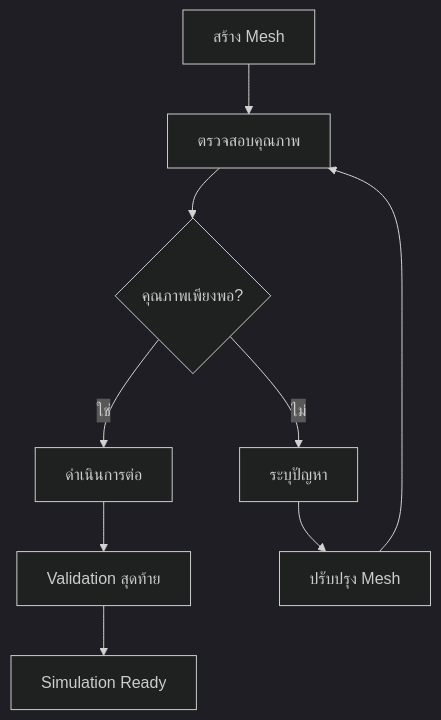
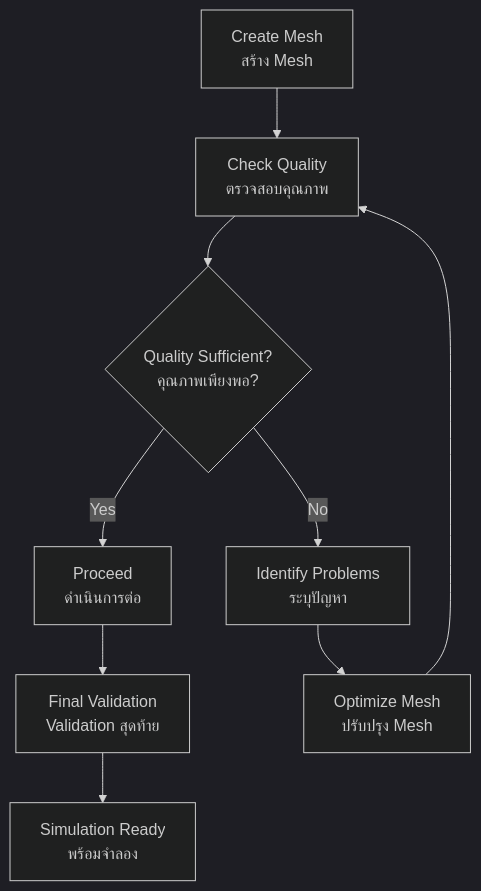
The second of 2 diagrams in MODULE_07_UTILITIES_AUTOMATION/CONTENT/02_MESH_PREPARATION/04_Mesh_Quality_and_Optimization.md (wramet/build-my-cfd), drawn with Mermaid (dark theme) before and after one commit. The commit also changed other lines of this file and 2996 other files, not shown here.

````diff
--- a/MODULE_07_UTILITIES_AUTOMATION/CONTENT/02_MESH_PREPARATION/04_Mesh_Quality_and_Optimization.md
+++ b/MODULE_07_UTILITIES_AUTOMATION/CONTENT/02_MESH_PREPARATION/04_Mesh_Quality_and_Optimization.md
@@ -1057,12 +1187,12 @@
 ```mermaid
 graph TD
-    A[สร้าง Mesh] --> B[ตรวจสอบคุณภาพ]
-    B --> C{คุณภาพเพียงพอ?}
-    C -->|ใช่| D[ดำเนินการต่อ]
-    C -->|ไม่| E[ระบุปัญหา]
-    E --> F[ปรับปรุง Mesh]
+    A[Create Mesh<br>สร้าง Mesh] --> B[Check Quality<br>ตรวจสอบคุณภาพ]
+    B --> C{Quality Sufficient?<br>คุณภาพเพียงพอ?}
+    C -->|Yes| D[Proceed<br>ดำเนินการต่อ]
+    C -->|No| E[Identify Problems<br>ระบุปัญหา]
+    E --> F[Optimize Mesh<br>ปรับปรุง Mesh]
     F --> B
 
-    D --> G[Validation สุดท้าย]
-    G --> H[Simulation Ready]
+    D --> G[Final Validation<br>Validation สุดท้าย]
+    G --> H[Simulation Ready<br>พร้อมจำลอง]
 ```
````
